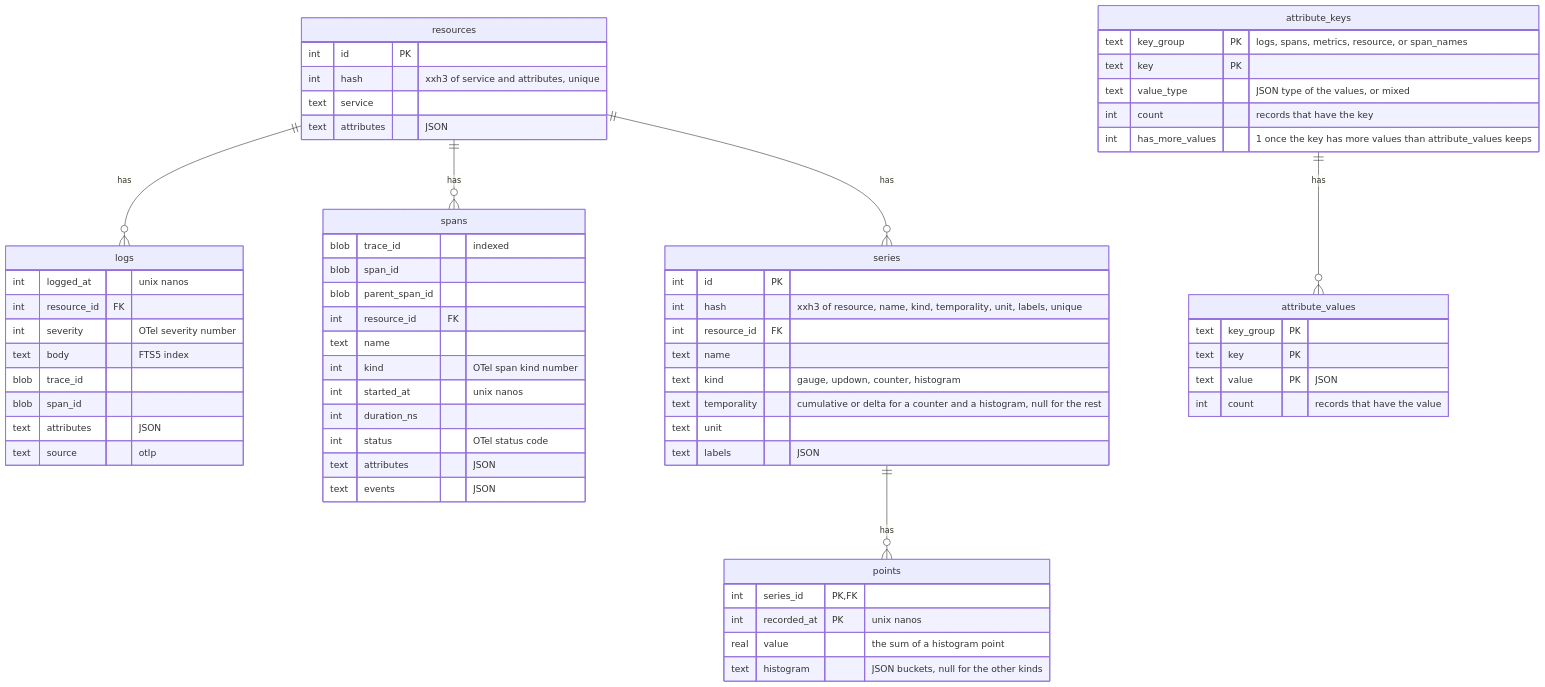
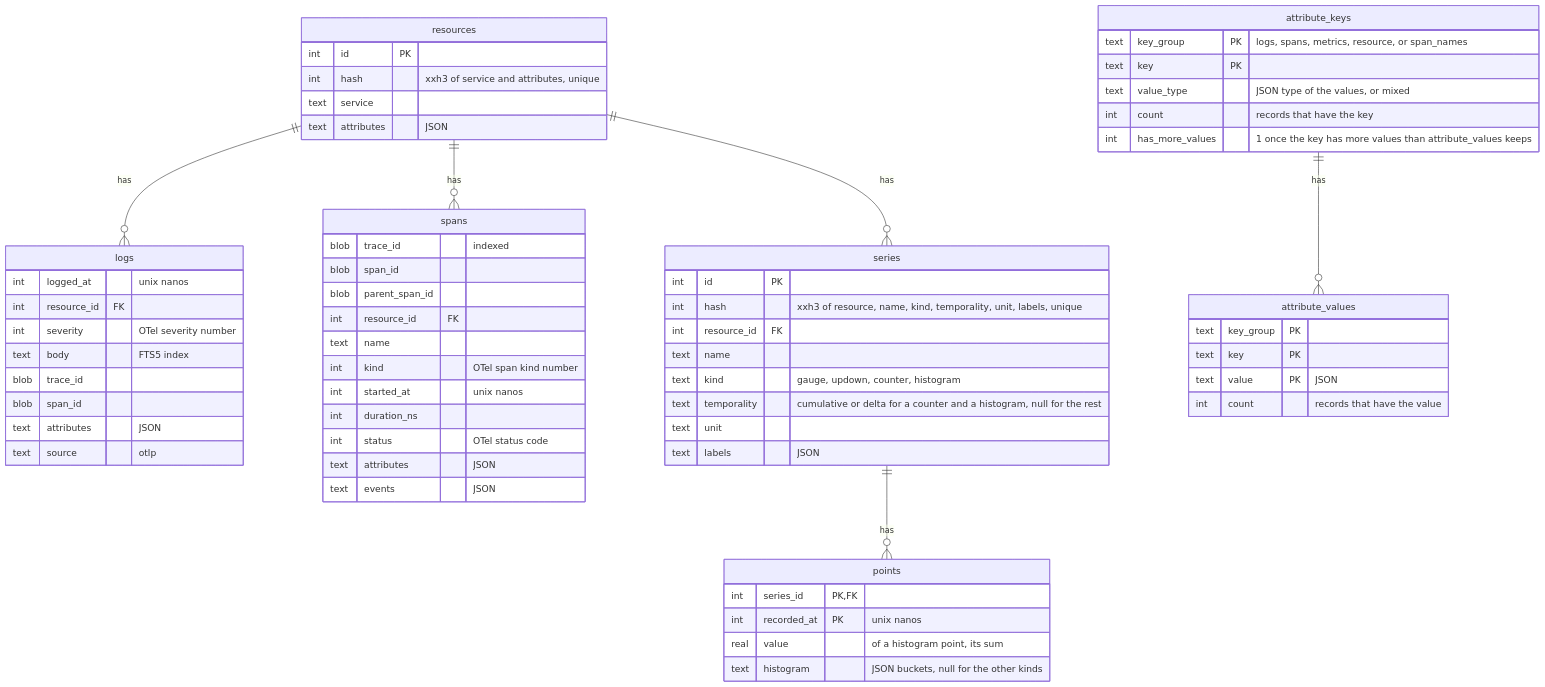
One commit to sukovanej/otelo changed the second of 2 diagrams in docs/telemetry.md. Above: the diagram before and after it, drawn with Mermaid.

Commit message:
doc telemetry: edit
Via: claude-code

````diff
--- a/docs/telemetry.md
+++ b/docs/telemetry.md
@@ -35,66 +35,66 @@
 ```mermaid
 erDiagram
   resources ||--o{ logs : has
   resources ||--o{ spans : has
   resources ||--o{ series : has
   series ||--o{ points : has
   attribute_keys ||--o{ attribute_values : has
   resources {
     int id PK
     int hash "xxh3 of service and attributes, unique"
     text service
     text attributes "JSON"
   }
   logs {
     int logged_at "unix nanos"
     int resource_id FK
     int severity "OTel severity number"
     text body "FTS5 index"
     blob trace_id
     blob span_id
     text attributes "JSON"
     text source "otlp"
   }
   spans {
     blob trace_id "indexed"
     blob span_id
     blob parent_span_id
     int resource_id FK
     text name
     int kind "OTel span kind number"
     int started_at "unix nanos"
     int duration_ns
     int status "OTel status code"
     text attributes "JSON"
     text events "JSON"
   }
   series {
     int id PK
     int hash "xxh3 of resource, name, kind, temporality, unit, labels, unique"
     int resource_id FK
     text name
     text kind "gauge, updown, counter, histogram"
     text temporality "cumulative or delta for a counter and a histogram, null for the rest"
     text unit
     text labels "JSON"
   }
   points {
     int series_id PK, FK
     int recorded_at PK "unix nanos"
-    real value "the sum of a histogram point"
+    real value "of a histogram point, its sum"
     text histogram "JSON buckets, null for the other kinds"
   }
   attribute_keys {
     text key_group PK "logs, spans, metrics, resource, or span_names"
     text key PK
     text value_type "JSON type of the values, or mixed"
     int count "records that have the key"
     int has_more_values "1 once the key has more values than attribute_values keeps"
   }
   attribute_values {
     text key_group PK
     text key PK
     text value PK "JSON"
     int count "records that have the value"
   }
 ```
````
